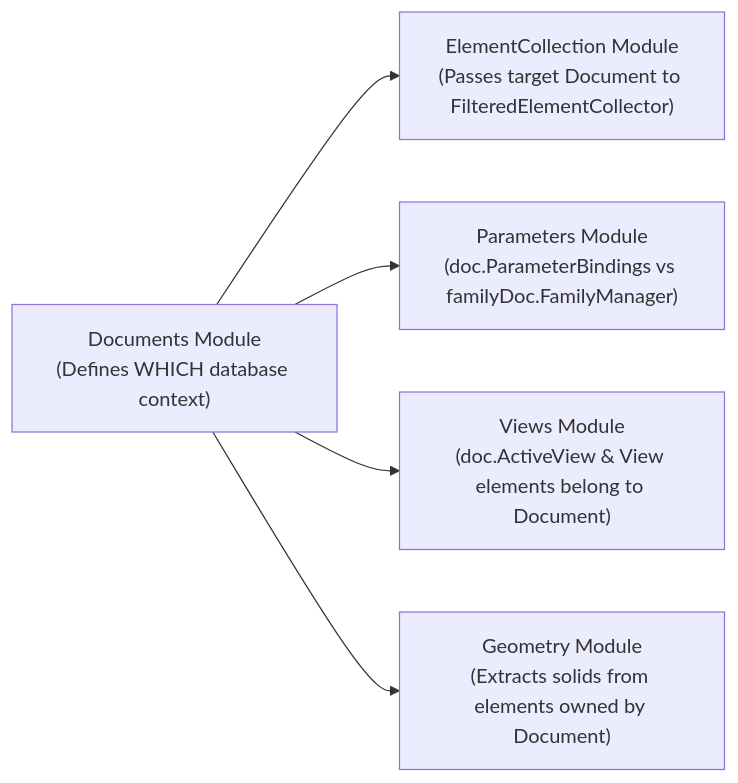
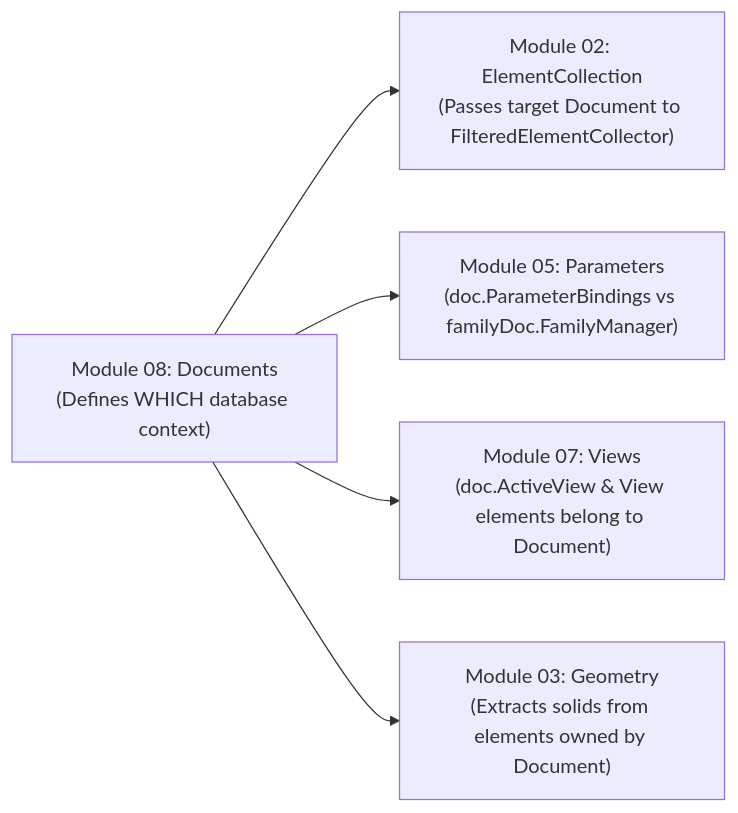
One commit to Mustafa-TOMMY/CommandSamplesRevitApiVer2025 changed the ninth of 12 diagrams in RevitApiSamples/Samples/Documents/Documents.md. Above: the diagram before and after it, drawn with Mermaid. The commit also changed other lines of this file and 7 other files, not shown here.

Commit message:
docs: standardize module numbering 01-09 and fix mermaid diagram syntax across all modules

````diff
--- a/RevitApiSamples/Samples/Documents/Documents.md
+++ b/RevitApiSamples/Samples/Documents/Documents.md
@@ -605,9 +605,9 @@
 ```mermaid
 flowchart LR
-    DocMod["Documents Module\n(Defines WHICH database context)"]
+    DocMod["Module 08: Documents<br/>(Defines WHICH database context)"]
     
-    DocMod --> EC["ElementCollection Module\n(Passes target Document to FilteredElementCollector)"]
-    DocMod --> PM["Parameters Module\n(doc.ParameterBindings vs familyDoc.FamilyManager)"]
-    DocMod --> VM["Views Module\n(doc.ActiveView & View elements belong to Document)"]
-    DocMod --> GM["Geometry Module\n(Extracts solids from elements owned by Document)"]
+    DocMod --> EC["Module 02: ElementCollection<br/>(Passes target Document to FilteredElementCollector)"]
+    DocMod --> PM["Module 05: Parameters<br/>(doc.ParameterBindings vs familyDoc.FamilyManager)"]
+    DocMod --> VM["Module 07: Views<br/>(doc.ActiveView & View elements belong to Document)"]
+    DocMod --> GM["Module 03: Geometry<br/>(Extracts solids from elements owned by Document)"]
 ```
````
